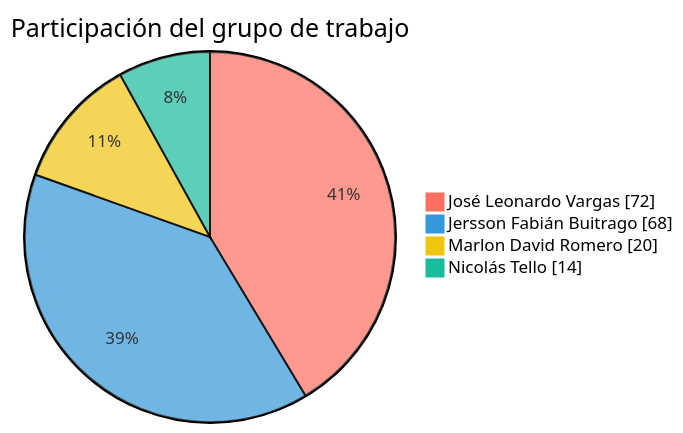
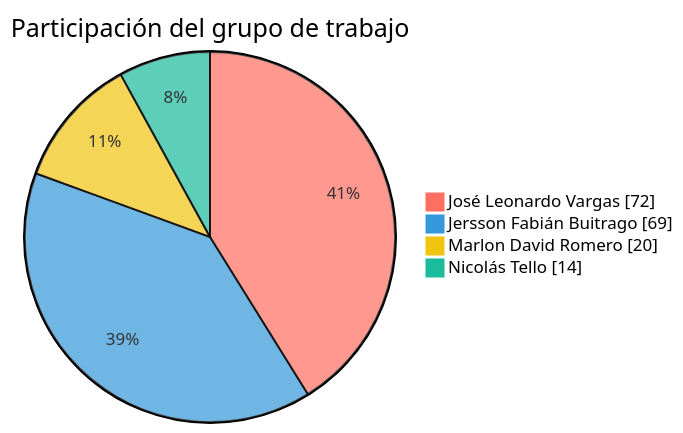
One commit to FarmaExpres/FarmaExpres changed the first of 2 diagrams in README.md. Above: the diagram before and after it, drawn with Mermaid. The commit also changed other lines of this file and 1 other file, not shown here.

````diff
--- a/README.md
+++ b/README.md
@@ -314,9 +314,9 @@
 ```mermaid
 %%{init: {"themeVariables": {"pie1": "#ff6f61", "pie2": "#3498db", "pie3": "#f1c40f", "pie4": "#1abc9c", "pieLabelColor": "#000000", "pieLabelFontSize": "24px", "pieLabelFontWeight": "700"}}}%%
 pie showData
     title Participación del grupo de trabajo
     "José Leonardo Vargas" : 72
-    "Jersson Fabián Buitrago" : 68
+    "Jersson Fabián Buitrago" : 69
     "Marlon David Romero" : 20
     "Nicolás Tello" : 14
 ```
````
